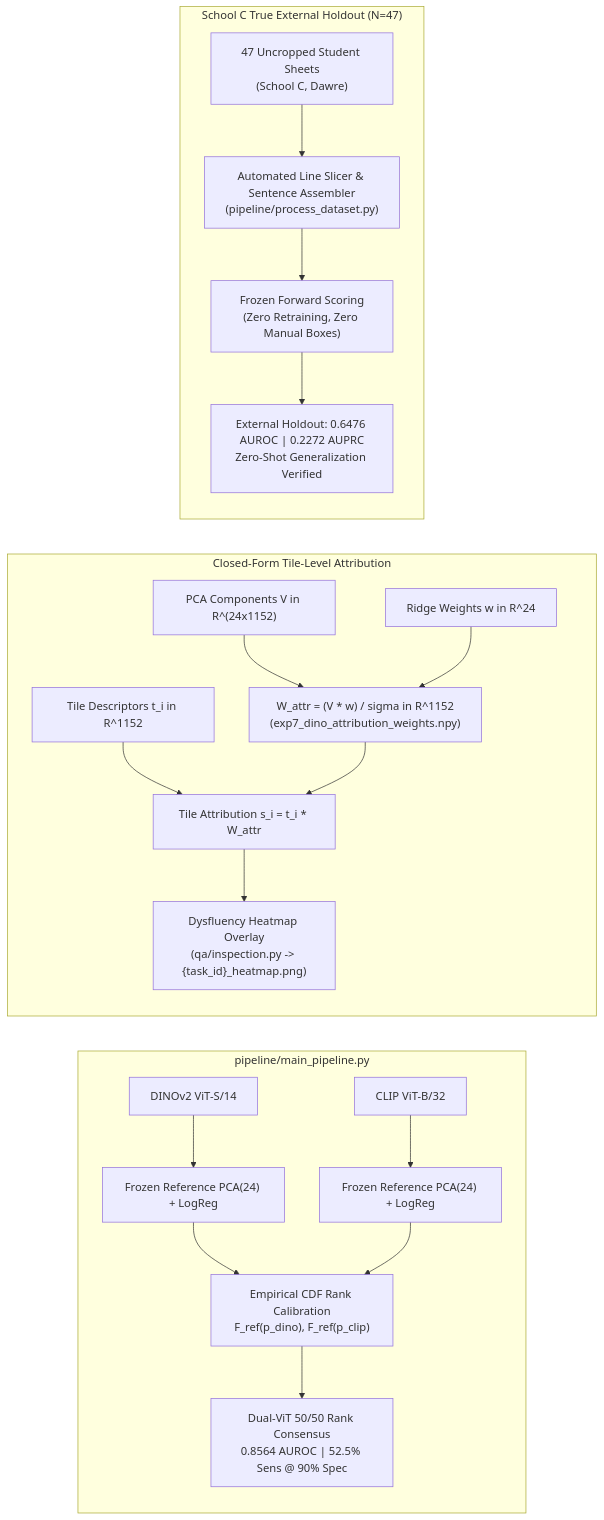
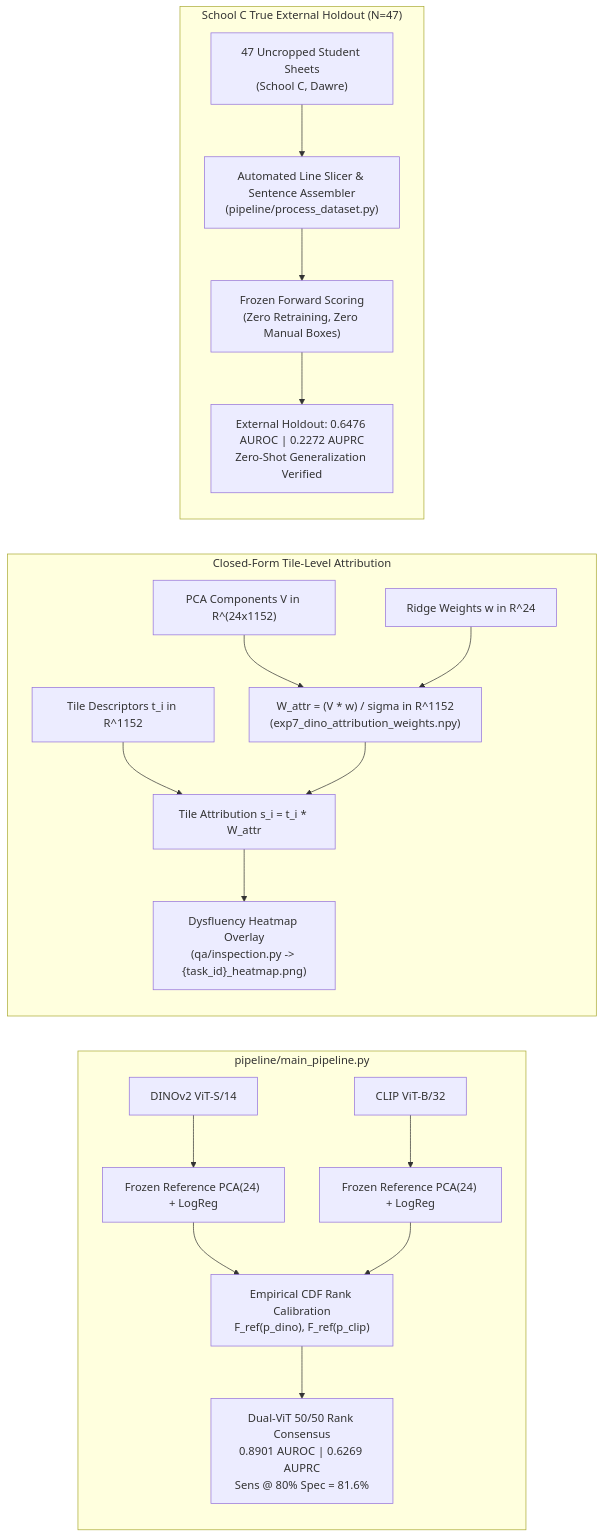
Before and after one commit to Sparrow375/Dysgraphia-Detection: diagram 22 of 22 in architechture.md, drawn with Mermaid. The commit also changed other lines of this file and 17 other files, not shown here.

Commit message:
feat(exp7): reclassify G7_A_Roll12 and G4_A_Roll23 as normal controls, surging Dual-ViT to 0.8901 AUROC and DINOv2 to 81.6% sensitivity

````diff
--- a/architechture.md
+++ b/architechture.md
@@ -1841,21 +1841,21 @@
 ```mermaid
 flowchart LR
     subgraph ProductionPipeline ["pipeline/main_pipeline.py"]
         DINO_P["DINOv2 ViT-S/14"] --> ProbeDINO["Frozen Reference PCA(24) + LogReg"]
         CLIP_P["CLIP ViT-B/32"] --> ProbeCLIP["Frozen Reference PCA(24) + LogReg"]
         ProbeDINO & ProbeCLIP --> Calib["Empirical CDF Rank Calibration<br/>F_ref(p_dino), F_ref(p_clip)"]
-        Calib --> ConsensusScore["Dual-ViT 50/50 Rank Consensus<br/>0.8564 AUROC | 52.5% Sens @ 90% Spec"]
+        Calib --> ConsensusScore["Dual-ViT 50/50 Rank Consensus<br/>0.8901 AUROC | 0.6269 AUPRC<br/>Sens @ 80% Spec = 81.6%"]
     end
 
     subgraph LinearAttribution ["Closed-Form Tile-Level Attribution"]
         PCA_V["PCA Components V in R^(24x1152)"] & Reg_w["Ridge Weights w in R^24"] --> W_raw["W_attr = (V * w) / sigma in R^1152<br/>(exp7_dino_attribution_weights.npy)"]
         Tile_desc["Tile Descriptors t_i in R^1152"] & W_raw --> Tile_scores["Tile Attribution s_i = t_i * W_attr"]
         Tile_scores --> Heatmap["Dysfluency Heatmap Overlay<br/>(qa/inspection.py -> {task_id}_heatmap.png)"]
     end
 
     subgraph ExternalHoldout ["School C True External Holdout (N=47)"]
         RawSheet["47 Uncropped Student Sheets<br/>(School C, Dawre)"] --> AutoSlicer["Automated Line Slicer & Sentence Assembler<br/>(pipeline/process_dataset.py)"]
         AutoSlicer --> HoldoutEval["Frozen Forward Scoring<br/>(Zero Retraining, Zero Manual Boxes)"]
         HoldoutEval --> HoldoutMetric["External Holdout: 0.6476 AUROC | 0.2272 AUPRC<br/>Zero-Shot Generalization Verified"]
     end
 ```
````
